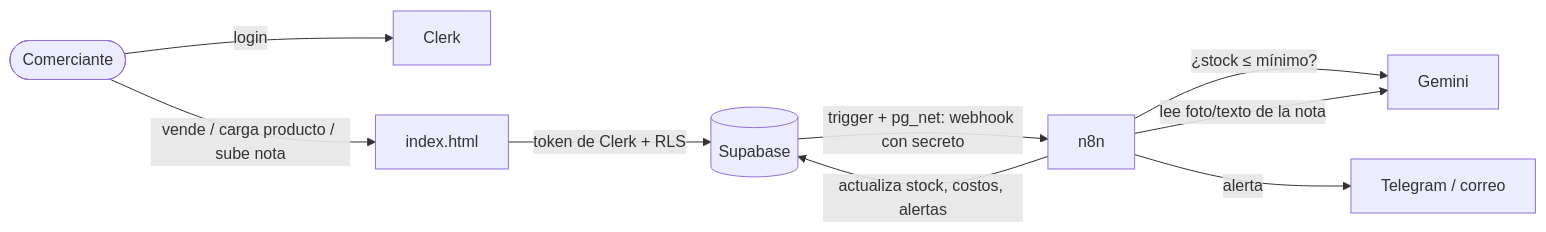
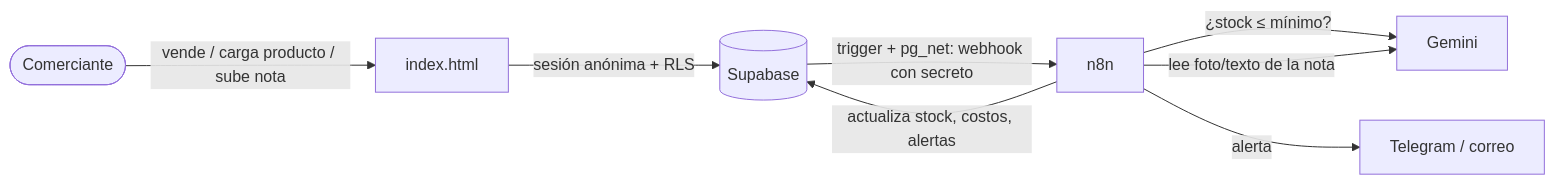
The diagram in README.md (MaBelenBecerra/CaseraAlToque), drawn with Mermaid before and after one commit. The commit also changed other lines of this file and 3 other files, not shown here.

````diff
--- a/README.md
+++ b/README.md
@@ -7,11 +7,10 @@
 ```mermaid
 flowchart LR
-  U(["Comerciante"]) -->|"login"| C["Clerk"]
-  U -->|"vende / carga producto / sube nota"| W["index.html"]
-  W -->|"token de Clerk + RLS"| S[("Supabase")]
+  U(["Comerciante"]) -->|"vende / carga producto / sube nota"| W["index.html"]
+  W -->|"sesión anónima + RLS"| S[("Supabase")]
   S -->|"trigger + pg_net: webhook con secreto"| N["n8n"]
   N -->|"¿stock ≤ mínimo?"| G["Gemini"]
   N -->|"lee foto/texto de la nota"| G
   N -->|"actualiza stock, costos, alertas"| S
   N -->|"alerta"| T["Telegram / correo"]
 ```
````
